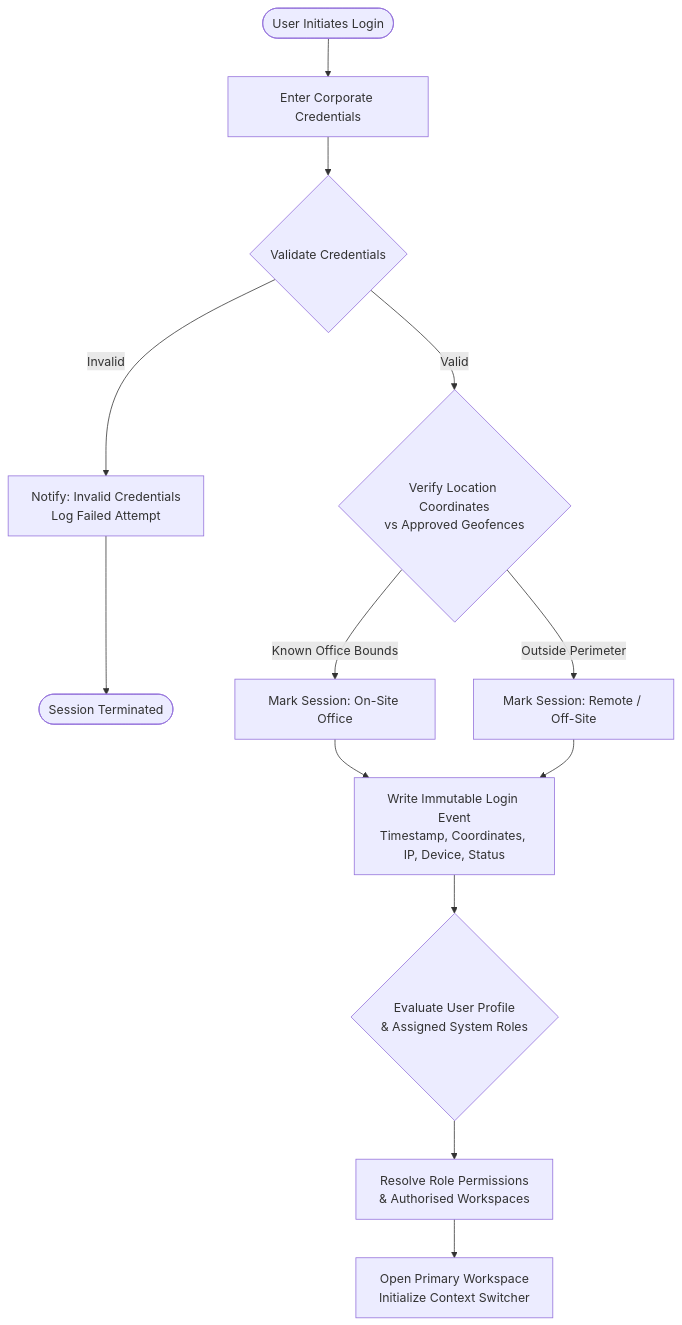
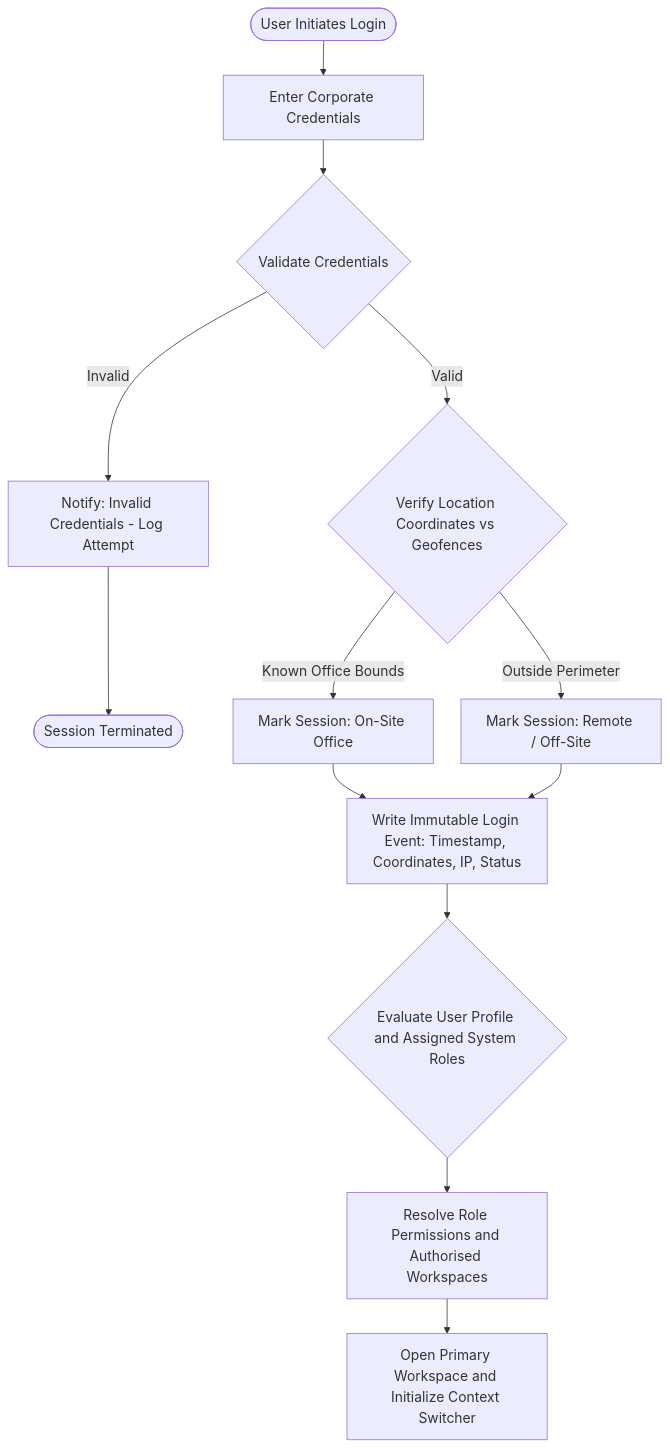
The first of 10 diagrams in iots-app/documentation/ai-data/codex-design/detailed_documentation_gem.md (manikanta-ciril/internal-operations-tracking-system), drawn with Mermaid before and after one commit. The commit also changed other lines of this file and 1 other file, not shown here.

````diff
--- a/iots-app/documentation/ai-data/codex-design/detailed_documentation_gem.md
+++ b/iots-app/documentation/ai-data/codex-design/detailed_documentation_gem.md
@@ -74,20 +74,21 @@
 ```mermaid
+%%{init: {"themeVariables": {"fontSize": "18px"}, "flowchart": {"nodeSpacing": 36, "rankSpacing": 45}}}%%
 flowchart TD
-    Start([User Initiates Login]) --> CredInput[Enter Corporate Credentials]
-    CredInput --> ValidateCred{Validate Credentials}
+    Start(["User Initiates Login"]) --> CredInput["Enter Corporate Credentials"]
+    CredInput --> ValidateCred{"Validate Credentials"}
     
-    ValidateCred -- Invalid --> AuthFail[Notify: Invalid Credentials<br/>Log Failed Attempt] --> Terminate([Session Terminated])
+    ValidateCred -- "Invalid" --> AuthFail["Notify: Invalid Credentials - Log Attempt"] --> Terminate(["Session Terminated"])
     
-    ValidateCred -- Valid --> GeoCheck{Verify Location Coordinates<br/>vs Approved Geofences}
+    ValidateCred -- "Valid" --> GeoCheck{"Verify Location Coordinates vs Geofences"}
     
-    GeoCheck -- Known Office Bounds --> MarkOnsite[Mark Session: On-Site Office]
-    GeoCheck -- Outside Perimeter --> MarkRemote[Mark Session: Remote / Off-Site]
+    GeoCheck -- "Known Office Bounds" --> MarkOnsite["Mark Session: On-Site Office"]
+    GeoCheck -- "Outside Perimeter" --> MarkRemote["Mark Session: Remote / Off-Site"]
     
-    MarkOnsite --> AuditSession[Write Immutable Login Event<br/>Timestamp, Coordinates, IP, Device, Status]
+    MarkOnsite --> AuditSession["Write Immutable Login Event: Timestamp, Coordinates, IP, Status"]
     MarkRemote --> AuditSession
     
-    AuditSession --> RoleEval{Evaluate User Profile<br/>& Assigned System Roles}
+    AuditSession --> RoleEval{"Evaluate User Profile and Assigned System Roles"}
     
-    RoleEval --> RoleDecision[Resolve Role Permissions<br/>& Authorised Workspaces]
-    RoleDecision --> WorkspaceLoad[Open Primary Workspace<br/>Initialize Context Switcher]
+    RoleEval --> RoleDecision["Resolve Role Permissions and Authorised Workspaces"]
+    RoleDecision --> WorkspaceLoad["Open Primary Workspace and Initialize Context Switcher"]
 ```
````
